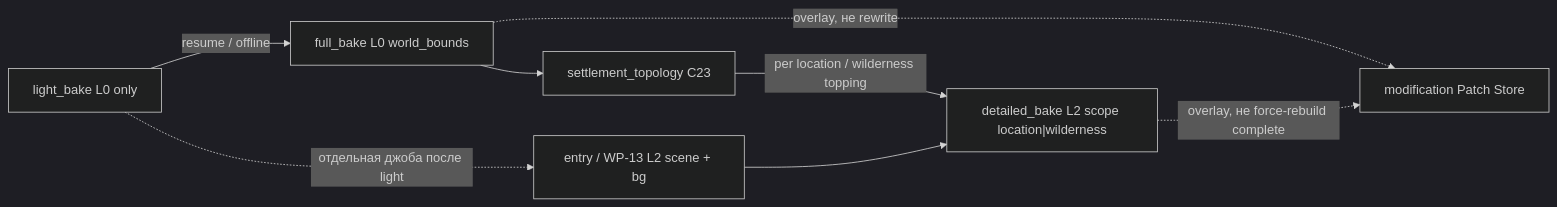
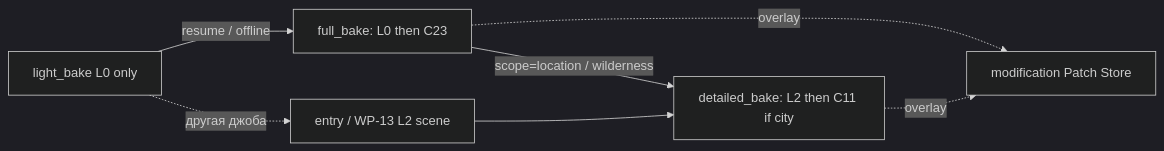
Before and after one commit to AndrewBondaren/AI-Project: the third of 15 diagrams in docs/tz_world_pack_storage.md, drawn with Mermaid (dark theme). The commit also changed other lines of this file and 49 other files, not shown here.

````diff
--- a/docs/tz_world_pack_storage.md
+++ b/docs/tz_world_pack_storage.md
@@ -453,16 +479,14 @@
 ```mermaid
 flowchart LR
   LB["light_bake L0 only"]
-  FB["full_bake L0 world_bounds"]
-  TOPO["settlement_topology C23"]
-  DB["detailed_bake L2 scope location|wilderness"]
-  EJ["entry / WP-13 L2 scene + bg"]
+  FB["full_bake: L0 then C23"]
+  DB["detailed_bake: L2 then C11 if city"]
+  EJ["entry / WP-13 L2 scene"]
   MOD["modification Patch Store"]
   LB -->|"resume / offline"| FB
-  LB -.->|"отдельная джоба после light"| EJ
-  FB --> TOPO
-  TOPO -->|"per location / wilderness topping"| DB
+  LB -.->|"другая джоба"| EJ
+  FB -->|"scope=location / wilderness"| DB
   EJ --> DB
-  FB -.->|"overlay, не rewrite"| MOD
-  DB -.->|"overlay, не force-rebuild complete"| MOD
+  FB -.->|"overlay"| MOD
+  DB -.->|"overlay"| MOD
 ```
````
